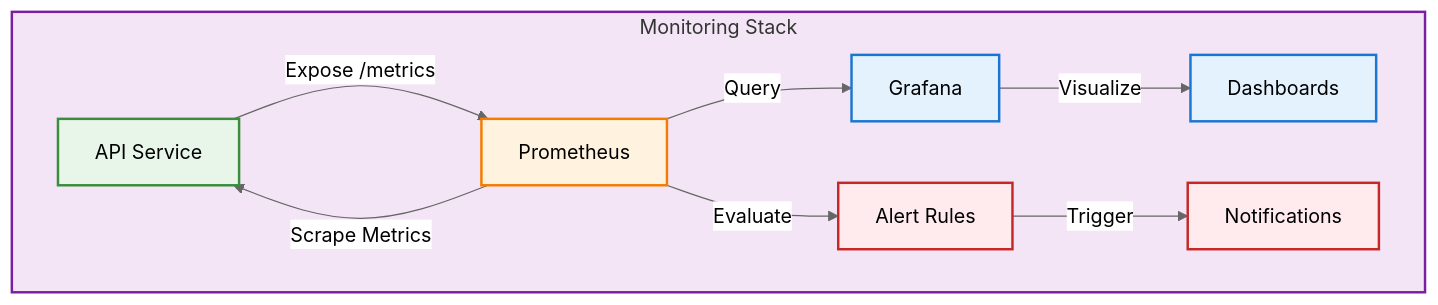
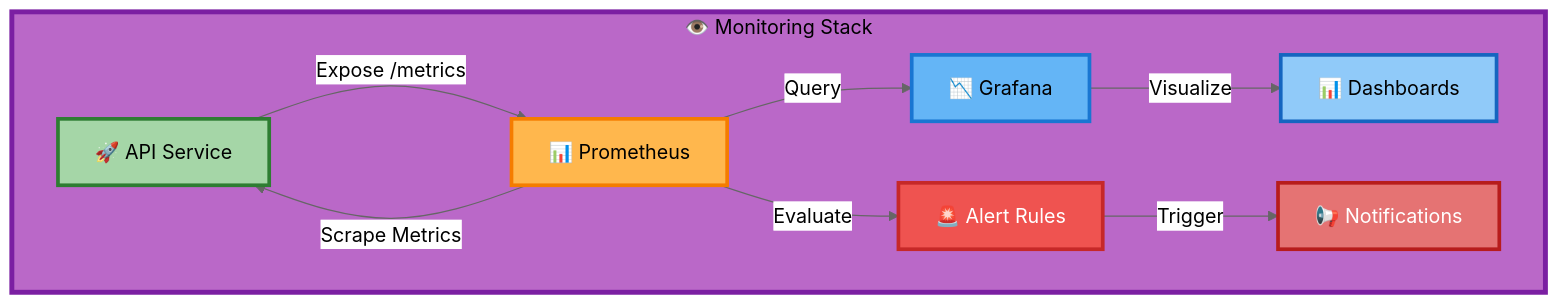
The ninth of 9 diagrams in README.md (2024aa05820/heart-disease-mlops), drawn with Mermaid (neutral theme) before and after one commit. The commit also changed other lines of this file, not shown here.

First line of the commit message:
Enhance Mermaid diagrams with vibrant colors and better visibility

````diff
--- a/README.md
+++ b/README.md
@@ -694,19 +716,19 @@
 ```mermaid
 graph TB
-    subgraph MON_STACK["Monitoring Stack"]
-        API["API Service"] -->|Expose /metrics| PROM["Prometheus"]
+    subgraph MON_STACK["👁️ Monitoring Stack"]
+        API["🚀 API Service"] -->|Expose /metrics| PROM["📊 Prometheus"]
         PROM -->|Scrape Metrics| API
-        PROM -->|Query| GRAF["Grafana"]
-        GRAF -->|Visualize| DASH["Dashboards"]
-        PROM -->|Evaluate| ALERT["Alert Rules"]
-        ALERT -->|Trigger| NOTIFY["Notifications"]
+        PROM -->|Query| GRAF["📉 Grafana"]
+        GRAF -->|Visualize| DASH["📊 Dashboards"]
+        PROM -->|Evaluate| ALERT["🚨 Alert Rules"]
+        ALERT -->|Trigger| NOTIFY["📢 Notifications"]
     end
     
-    style MON_STACK fill:#f3e5f5,stroke:#7b1fa2,stroke-width:2px
-    style API fill:#e8f5e9,stroke:#388e3c,stroke-width:2px
-    style PROM fill:#fff3e0,stroke:#f57c00,stroke-width:2px
-    style GRAF fill:#e3f2fd,stroke:#1976d2,stroke-width:2px
-    style DASH fill:#e3f2fd,stroke:#1976d2,stroke-width:2px
-    style ALERT fill:#ffebee,stroke:#c62828,stroke-width:2px
-    style NOTIFY fill:#ffebee,stroke:#c62828,stroke-width:2px
+    style MON_STACK fill:#BA68C8,stroke:#7B1FA2,stroke-width:4px,color:#000
+    style API fill:#A5D6A7,stroke:#2E7D32,stroke-width:3px
+    style PROM fill:#FFB74D,stroke:#F57C00,stroke-width:3px
+    style GRAF fill:#64B5F6,stroke:#1976D2,stroke-width:3px
+    style DASH fill:#90CAF9,stroke:#1565C0,stroke-width:3px
+    style ALERT fill:#EF5350,stroke:#C62828,stroke-width:3px,color:#FFF
+    style NOTIFY fill:#E57373,stroke:#B71C1C,stroke-width:3px,color:#FFF
 ```
````
